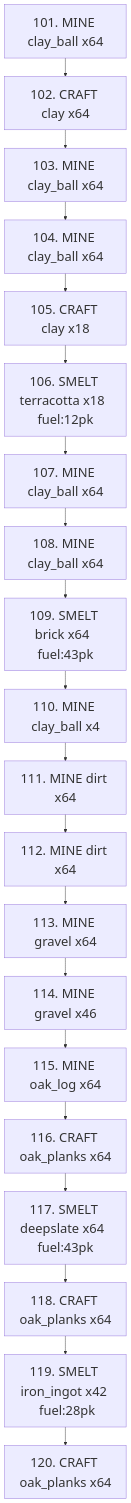
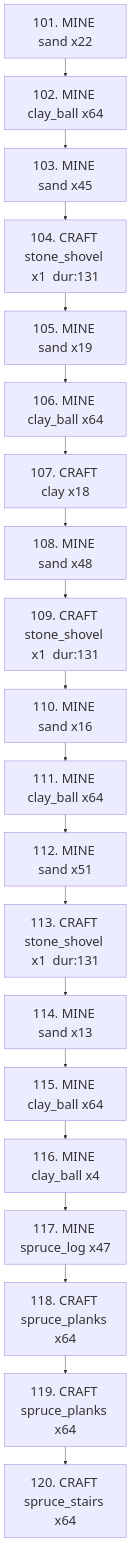
One commit to sdace9719/minecraft-planner changed the diagram in debug_utitlities/queue_batch_06.mmd. Above: the diagram before and after it, drawn with Mermaid. The commit also changed 23 other files, not shown here.

```diff
--- a/debug_utitlities/queue_batch_06.mmd
+++ b/debug_utitlities/queue_batch_06.mmd
@@ -1,44 +1,44 @@
 %%{init: {'flowchart': {'nodeSpacing': 10, 'rankSpacing': 40, 'padding': 16}, 'themeVariables': {'fontSize': '28px'}} }%%
 flowchart TD
     %% Phase 5 Execution Queue — tasks 101–120
 
-    n1["101. MINE clay_ball x64"]
-    n2["102. CRAFT clay x64"]
-    n3["103. MINE clay_ball x64"]
-    n4["104. MINE clay_ball x64"]
-    n5["105. CRAFT clay x18"]
-    n6["106. SMELT terracotta x18  fuel:12pk"]
-    n7["107. MINE clay_ball x64"]
-    n8["108. MINE clay_ball x64"]
-    n9["109. SMELT brick x64  fuel:43pk"]
-    n10["110. MINE clay_ball x4"]
-    n11["111. MINE dirt x64"]
-    n12["112. MINE dirt x64"]
-    n13["113. MINE gravel x64"]
-    n14["114. MINE gravel x46"]
-    n15["115. MINE oak_log x64"]
-    n16["116. CRAFT oak_planks x64"]
-    n17["117. SMELT deepslate x64  fuel:43pk"]
-    n18["118. CRAFT oak_planks x64"]
-    n19["119. SMELT iron_ingot x42  fuel:28pk"]
-    n20["120. CRAFT oak_planks x64"]
+    n1["101. MINE sand x22"]
+    n2["102. MINE clay_ball x64"]
+    n3["103. MINE sand x45"]
+    n4["104. CRAFT stone_shovel x1  dur:131"]
+    n5["105. MINE sand x19"]
+    n6["106. MINE clay_ball x64"]
+    n7["107. CRAFT clay x18"]
+    n8["108. MINE sand x48"]
+    n9["109. CRAFT stone_shovel x1  dur:131"]
+    n10["110. MINE sand x16"]
+    n11["111. MINE clay_ball x64"]
+    n12["112. MINE sand x51"]
+    n13["113. CRAFT stone_shovel x1  dur:131"]
+    n14["114. MINE sand x13"]
+    n15["115. MINE clay_ball x64"]
+    n16["116. MINE clay_ball x4"]
+    n17["117. MINE spruce_log x47"]
+    n18["118. CRAFT spruce_planks x64"]
+    n19["119. CRAFT spruce_planks x64"]
+    n20["120. CRAFT spruce_stairs x64"]
 
     n1 --> n2
     n2 --> n3
     n3 --> n4
     n4 --> n5
     n5 --> n6
     n6 --> n7
     n7 --> n8
     n8 --> n9
     n9 --> n10
     n10 --> n11
     n11 --> n12
     n12 --> n13
     n13 --> n14
     n14 --> n15
     n15 --> n16
     n16 --> n17
     n17 --> n18
     n18 --> n19
     n19 --> n20
```
